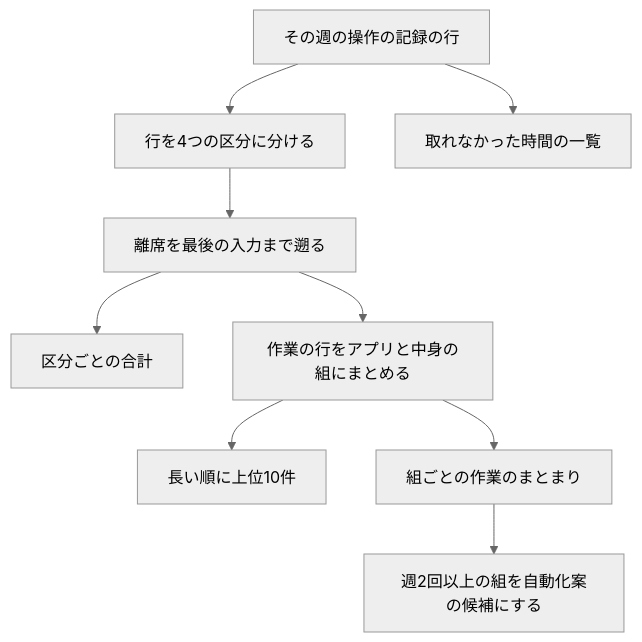
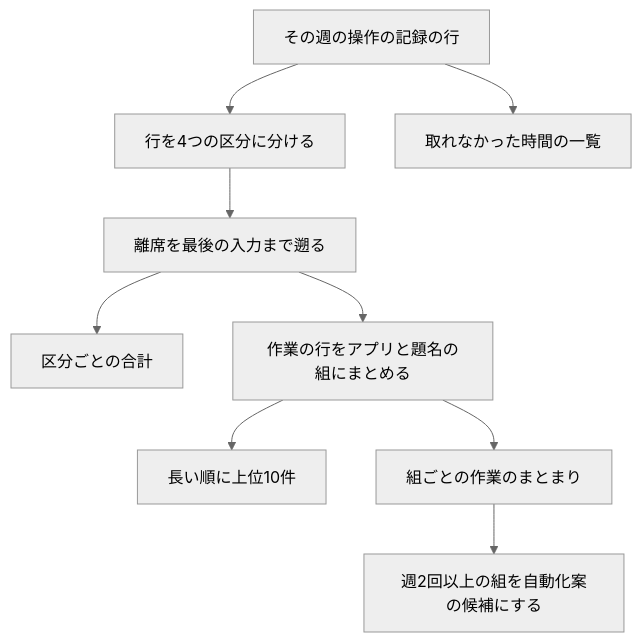
One commit to dnode-ryosuke-yamazaki/study changed the second of 6 diagrams in apps/routine-work-finder/specs/weekly-automation-report/design.md. Above: the diagram before and after it, drawn with Mermaid (neutral theme). The commit also changed other lines of this file and 9 other files, not shown here.

````diff
--- a/apps/routine-work-finder/specs/weekly-automation-report/design.md
+++ b/apps/routine-work-finder/specs/weekly-automation-report/design.md
@@ -103,11 +103,11 @@
 ```mermaid
 flowchart TB
     rows["その週の操作の記録の行"] --> cls["行を4つの区分に分ける"]
     cls --> back["離席を最後の入力まで遡る"]
     back --> totals["区分ごとの合計"]
-    back --> groups["作業の行をアプリと中身の組にまとめる"]
+    back --> groups["作業の行をアプリと題名の組にまとめる"]
     groups --> top["長い順に上位10件"]
     groups --> sessions["組ごとの作業のまとまり"]
     sessions --> cand["週2回以上の組を自動化案の候補にする"]
     rows --> gaps["取れなかった時間の一覧"]
 ```
````
